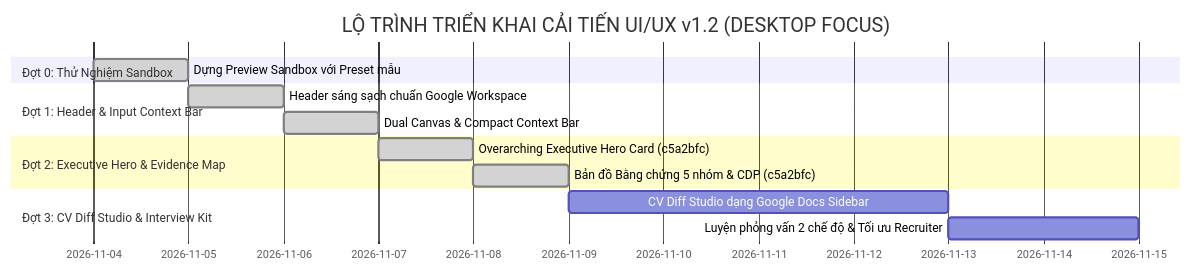
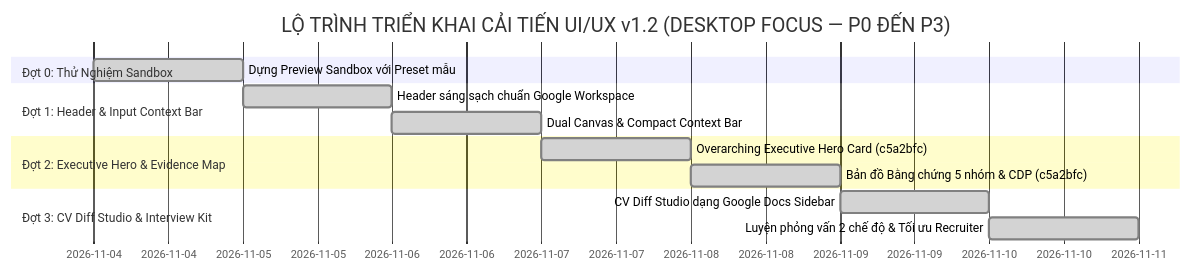
One commit to vutch86-cmyk/rolematch2 changed the second of 2 diagrams in docs/UI_UX_IMPLEMENTATION_PLAN.md. Above: the diagram before and after it, drawn with Mermaid. The commit also changed other lines of this file and 5 other files, not shown here.

Commit message:
feat(phase3): implement CV Diff Studio with anti-hallucination guardrails & 2-mode Interview Prep Kit on staging

````diff
--- a/docs/UI_UX_IMPLEMENTATION_PLAN.md
+++ b/docs/UI_UX_IMPLEMENTATION_PLAN.md
@@ -175,16 +175,16 @@
 ```mermaid
 gantt
-    title LỘ TRÌNH TRIỂN KHAI CẢI TIẾN UI/UX v1.2 (DESKTOP FOCUS)
+    title LỘ TRÌNH TRIỂN KHAI CẢI TIẾN UI/UX v1.2 (DESKTOP FOCUS — P0 ĐẾN P3)
     dateFormat  YYYY-MM-DD
     section Đợt 0: Thử Nghiệm Sandbox
     Dựng Preview Sandbox với Preset mẫu        :done, p0, 2026-11-04, 1d
     section Đợt 1: Header & Input Context Bar
     Header sáng sạch chuẩn Google Workspace    :done, p1_1, after p0, 1d
     Dual Canvas & Compact Context Bar          :done, p1_2, after p1_1, 1d
     section Đợt 2: Executive Hero & Evidence Map
     Overarching Executive Hero Card (c5a2bfc)  :done, p2_1, after p1_2, 1d
     Bản đồ Bằng chứng 5 nhóm & CDP (c5a2bfc)   :done, p2_2, after p2_1, 1d
     section Đợt 3: CV Diff Studio & Interview Kit
-    CV Diff Studio dạng Google Docs Sidebar    :p3_1, after p2_2, 4d
-    Luyện phỏng vấn 2 chế độ & Tối ưu Recruiter:p3_2, after p3_1, 2d
+    CV Diff Studio dạng Google Docs Sidebar    :done, p3_1, after p2_2, 1d
+    Luyện phỏng vấn 2 chế độ & Tối ưu Recruiter:done, p3_2, after p3_1, 1d
 ```
````
